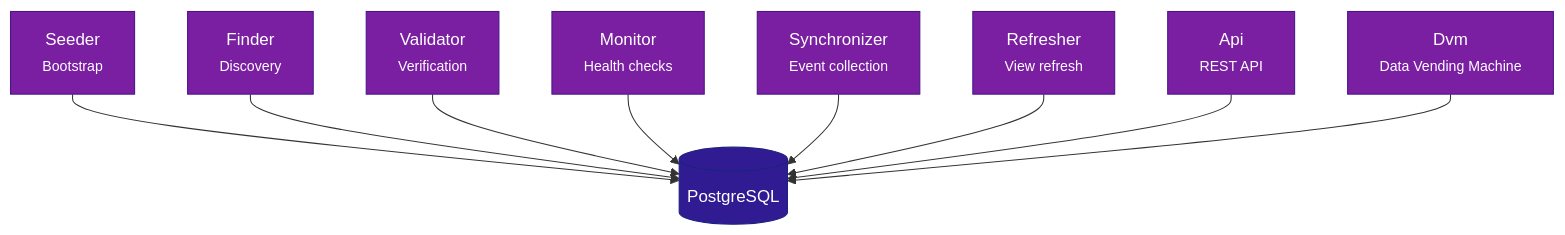
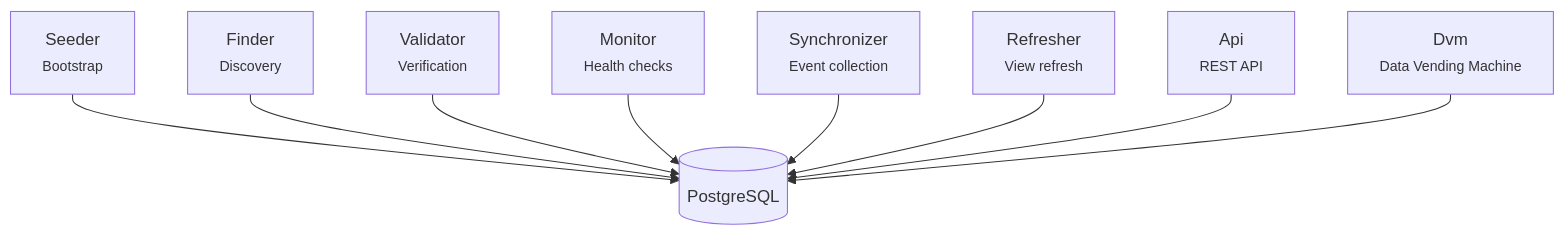
Before and after one commit to BigBrotr/bigbrotr: the diagram in docs/_snippets/pipeline.md, drawn with Mermaid. The commit also changed 7 other files, not shown here.

First line of the commit message:
docs: fix site styling, broken icons, and Mermaid diagrams

````diff
--- a/docs/_snippets/pipeline.md
+++ b/docs/_snippets/pipeline.md
@@ -1,32 +1,22 @@
 ```mermaid
 flowchart TD
     DB[("PostgreSQL")]
 
     SE["Seeder<br/><small>Bootstrap</small>"]
     FI["Finder<br/><small>Discovery</small>"]
     VA["Validator<br/><small>Verification</small>"]
     MO["Monitor<br/><small>Health checks</small>"]
     SY["Synchronizer<br/><small>Event collection</small>"]
     RE["Refresher<br/><small>View refresh</small>"]
     AP["Api<br/><small>REST API</small>"]
     DV["Dvm<br/><small>Data Vending Machine</small>"]
 
     SE --> DB
     FI --> DB
     VA --> DB
     MO --> DB
     SY --> DB
     RE --> DB
     AP --> DB
     DV --> DB
-
-    style SE fill:#7B1FA2,color:#fff,stroke:#4A148C
-    style FI fill:#7B1FA2,color:#fff,stroke:#4A148C
-    style VA fill:#7B1FA2,color:#fff,stroke:#4A148C
-    style MO fill:#7B1FA2,color:#fff,stroke:#4A148C
-    style SY fill:#7B1FA2,color:#fff,stroke:#4A148C
-    style RE fill:#7B1FA2,color:#fff,stroke:#4A148C
-    style AP fill:#7B1FA2,color:#fff,stroke:#4A148C
-    style DV fill:#7B1FA2,color:#fff,stroke:#4A148C
-    style DB fill:#311B92,color:#fff,stroke:#1A237E
 ```
````
